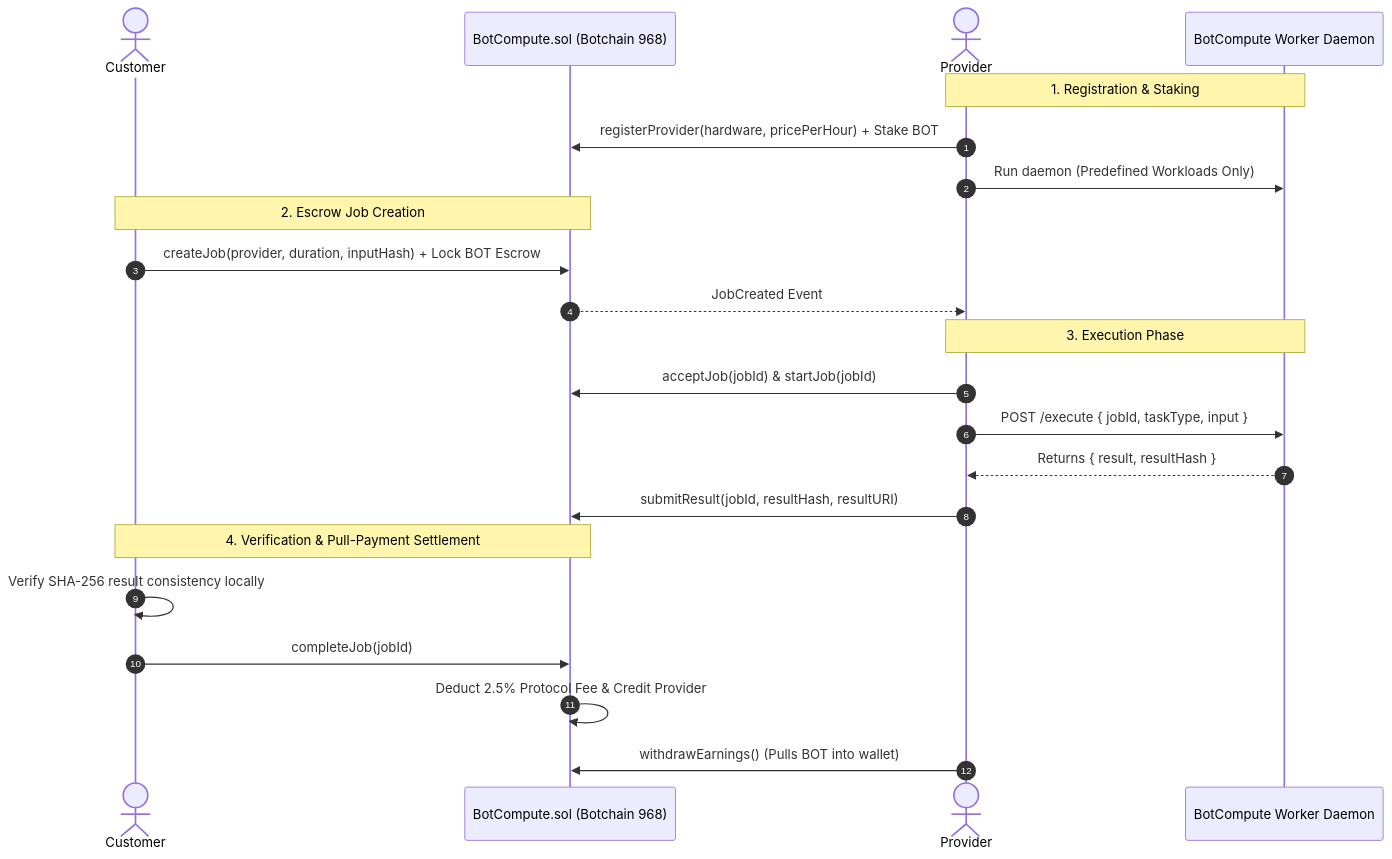
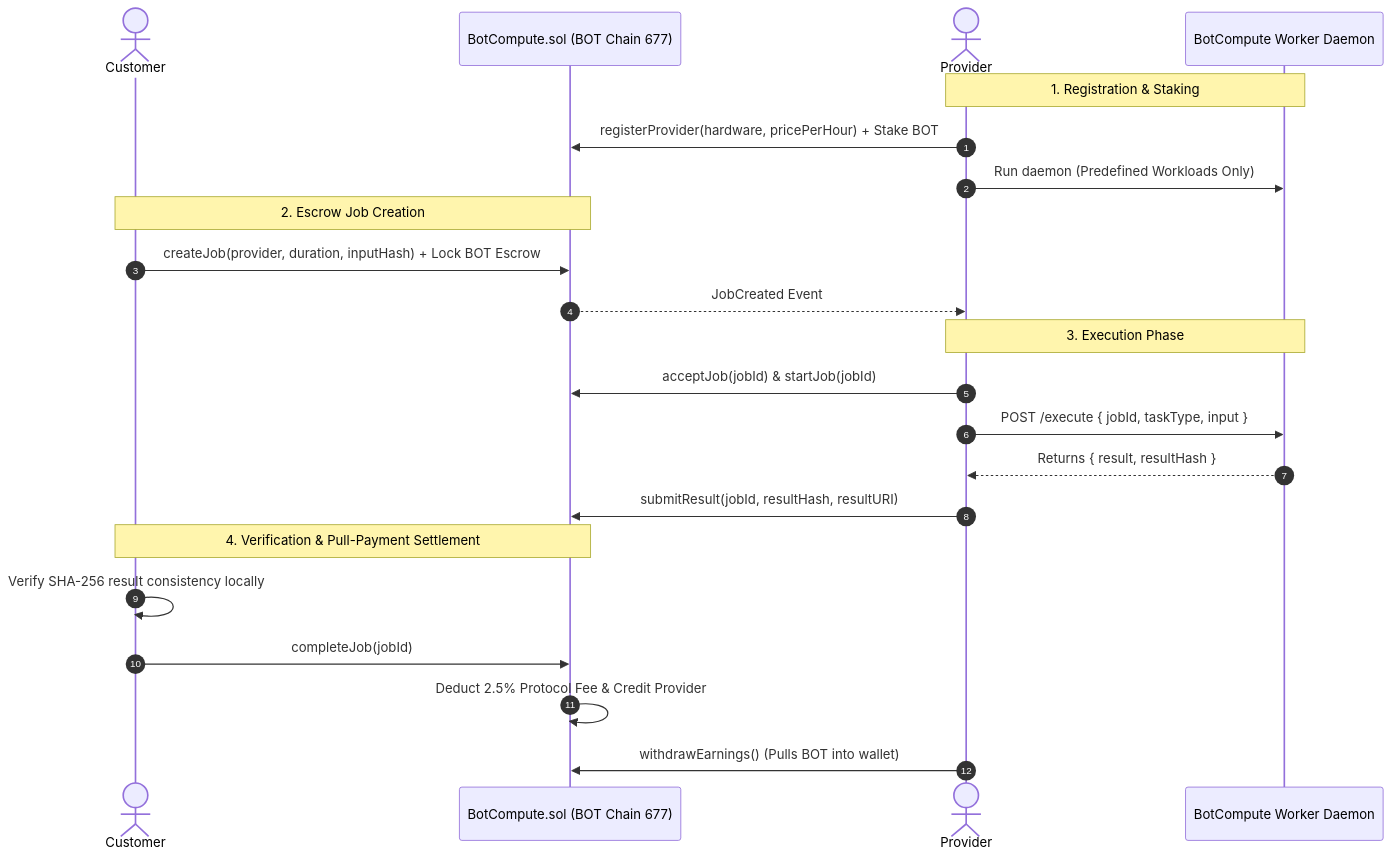
One commit to liljhnxn/botcompute changed the diagram in README.md. Above: the diagram before and after it, drawn with Mermaid. The commit also changed other lines of this file and 29 other files, not shown here.

Commit message:
Deploy BotCompute to BOT Chain Mainnet and add official branding and explorer links

````diff
--- a/README.md
+++ b/README.md
@@ -13,28 +13,28 @@
 ```mermaid
 sequenceDiagram
     autonumber
     actor Customer
-    participant Contract as BotCompute.sol (Botchain 968)
+    participant Contract as BotCompute.sol (BOT Chain 677)
     actor Provider
     participant Worker as BotCompute Worker Daemon
 
     Note over Provider,Worker: 1. Registration & Staking
     Provider->>Contract: registerProvider(hardware, pricePerHour) + Stake BOT
     Provider->>Worker: Run daemon (Predefined Workloads Only)
 
     Note over Customer,Contract: 2. Escrow Job Creation
     Customer->>Contract: createJob(provider, duration, inputHash) + Lock BOT Escrow
     Contract-->>Provider: JobCreated Event
 
     Note over Provider,Worker: 3. Execution Phase
     Provider->>Contract: acceptJob(jobId) & startJob(jobId)
     Provider->>Worker: POST /execute { jobId, taskType, input }
     Worker-->>Provider: Returns { result, resultHash }
     Provider->>Contract: submitResult(jobId, resultHash, resultURI)
 
     Note over Customer,Contract: 4. Verification & Pull-Payment Settlement
     Customer->>Customer: Verify SHA-256 result consistency locally
     Customer->>Contract: completeJob(jobId)
     Contract->>Contract: Deduct 2.5% Protocol Fee & Credit Provider
     Provider->>Contract: withdrawEarnings() (Pulls BOT into wallet)
 ```
````
